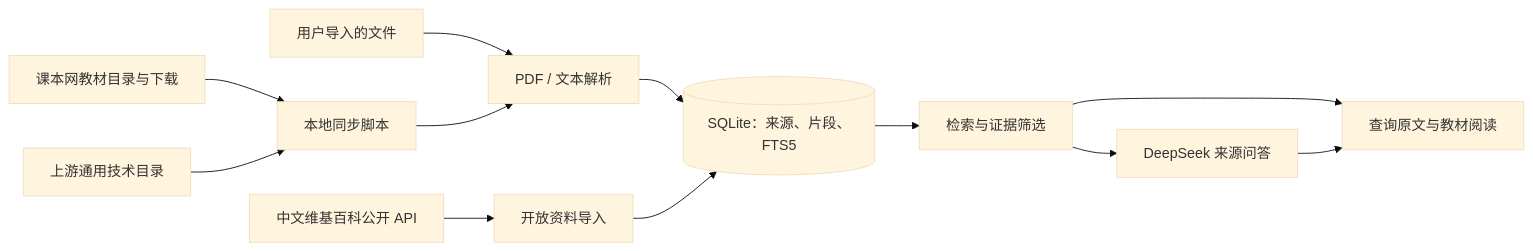
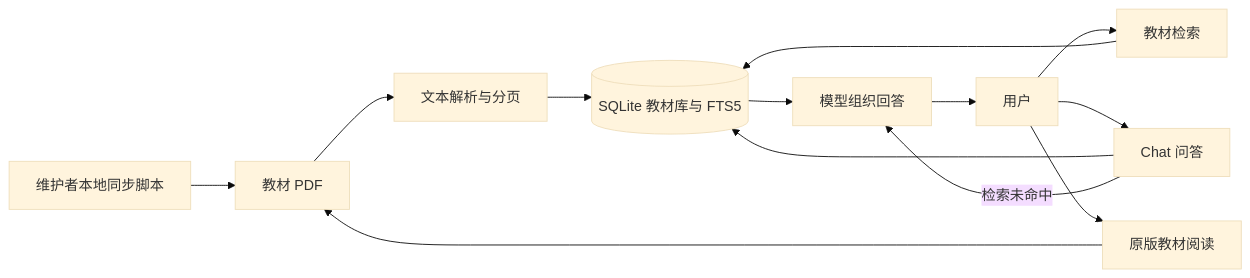
One commit to serendipitylin0731/TA_agent changed the diagram in docs/architecture.md. Above: the diagram before and after it, drawn with Mermaid (base theme). The commit also changed other lines of this file and 79 other files, not shown here.

````diff
--- a/docs/architecture.md
+++ b/docs/architecture.md
@@ -7,14 +3,15 @@
 ```mermaid
 flowchart LR
-  K[课本网教材目录与下载] --> S[本地同步脚本]
-  G[上游通用技术目录] --> S
-  U[用户导入的文件] --> I[PDF / 文本解析]
-  S --> I
-  W[中文维基百科公开 API] --> O[开放资料导入]
-  I --> D[(SQLite：来源、片段、FTS5)]
-  O --> D
-  D --> Q[检索与证据筛选]
-  Q --> R[查询原文与教材阅读]
-  Q --> C[DeepSeek 来源问答]
-  C --> R
+  A[维护者本地同步脚本] --> B[教材 PDF]
+  B --> C[文本解析与分页]
+  C --> D[(SQLite 教材库与 FTS5)]
+  U[用户] --> S[教材检索]
+  U --> Q[Chat 问答]
+  U --> R[原版教材阅读]
+  S --> D
+  Q --> D
+  D --> M[模型组织回答]
+  Q -->|检索未命中| M
+  M --> U
+  R --> B
 ```
````
